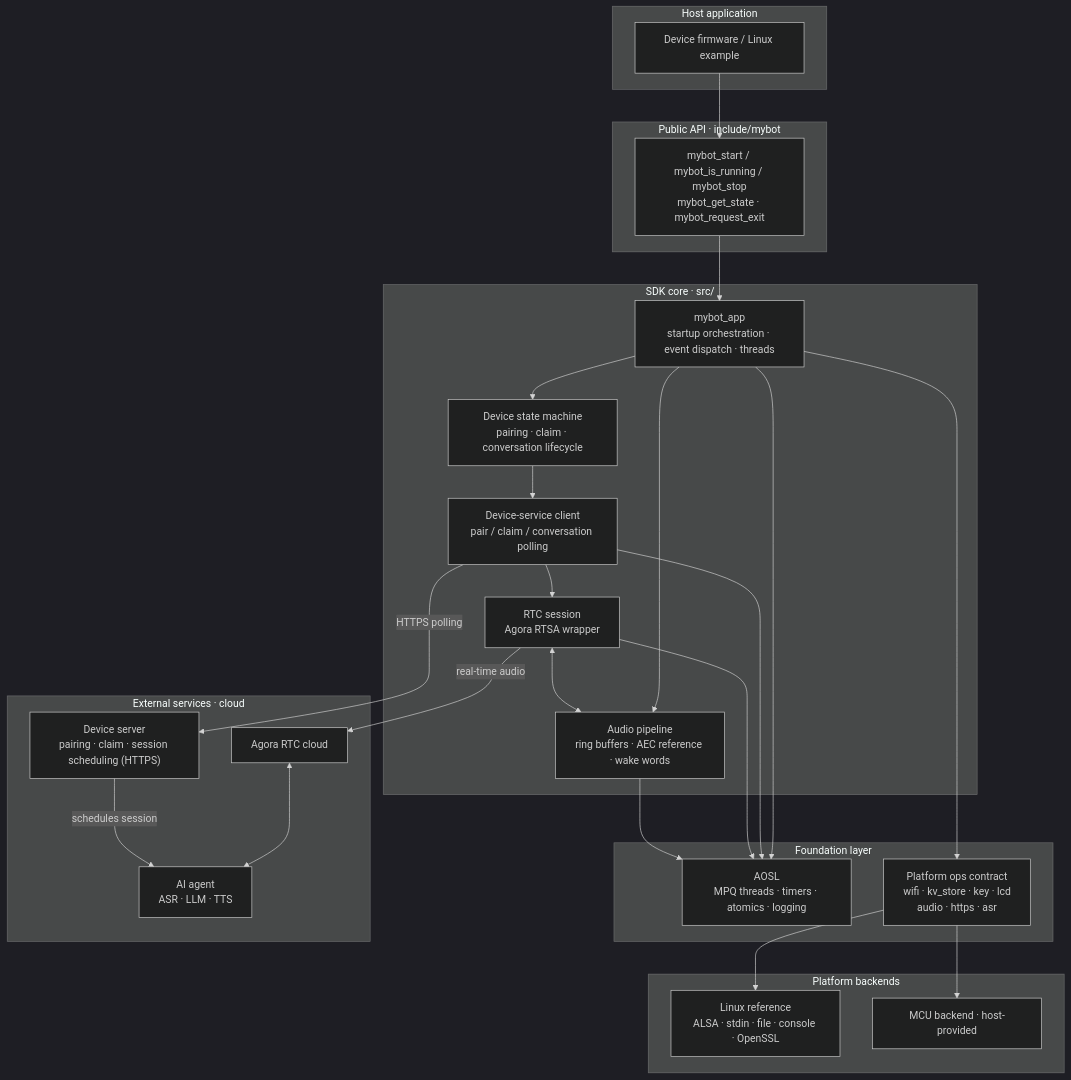
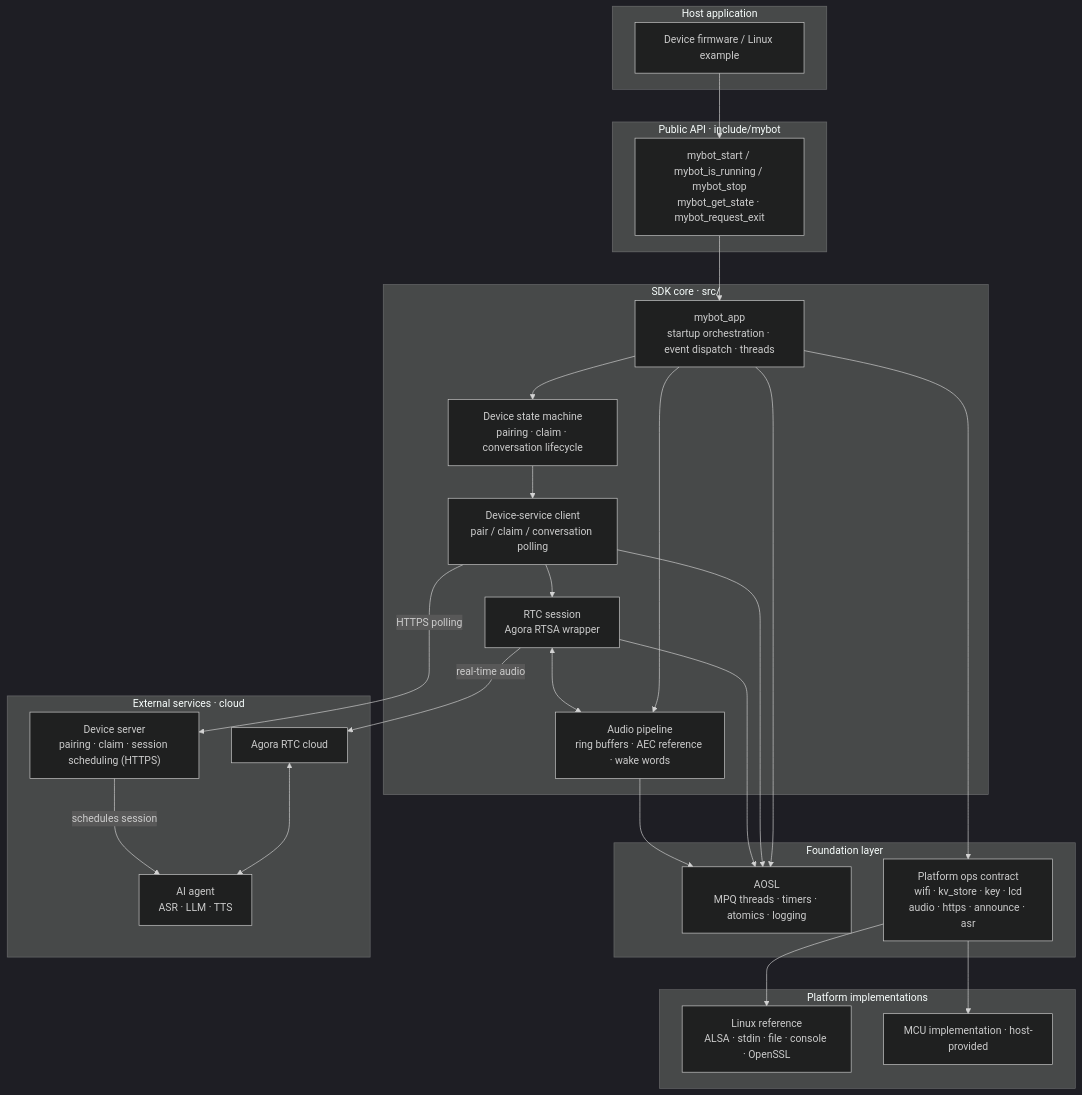
The second of 4 diagrams in README.md (junlon2006/mybot), drawn with Mermaid (dark theme) before and after one commit. The commit also changed other lines of this file and 18 other files, not shown here.

````diff
--- a/README.md
+++ b/README.md
@@ -247,53 +248,53 @@
 ```mermaid
 flowchart TB
     subgraph host["Host application"]
         host_app["Device firmware / Linux example"]
     end
 
     subgraph api["Public API · include/mybot"]
         api_h["mybot_start / mybot_is_running / mybot_stop<br/>mybot_get_state · mybot_request_exit"]
     end
 
     subgraph core["SDK core · src/"]
         app_c["mybot_app<br/>startup orchestration · event dispatch · threads"]
         state_m["Device state machine<br/>pairing · claim · conversation lifecycle"]
         svc_c["Device-service client<br/>pair / claim / conversation polling"]
         rtc_c["RTC session<br/>Agora RTSA wrapper"]
         media_c["Audio pipeline<br/>ring buffers · AEC reference · wake words"]
     end
 
     subgraph infra["Foundation layer"]
         aosl["AOSL<br/>MPQ threads · timers · atomics · logging"]
-        ops["Platform ops contract<br/>wifi · kv_store · key · lcd<br/>audio · https · asr"]
+        ops["Platform ops contract<br/>wifi · kv_store · key · lcd<br/>audio · https · announce · asr"]
     end
 
-    subgraph plat["Platform backends"]
+    subgraph plat["Platform implementations"]
         linux_b["Linux reference<br/>ALSA · stdin · file · console · OpenSSL"]
-        mcu_b["MCU backend · host-provided"]
+        mcu_b["MCU implementation · host-provided"]
     end
 
     subgraph ext["External services · cloud"]
         svc_e["Device server<br/>pairing · claim · session scheduling (HTTPS)"]
         agora_e["Agora RTC cloud"]
         agent_e["AI agent<br/>ASR · LLM · TTS"]
     end
 
     host_app --> api_h
     api_h --> app_c
     app_c --> state_m
     app_c --> media_c
     state_m --> svc_c
     svc_c --> rtc_c
     rtc_c <--> media_c
     app_c --> aosl
     app_c --> ops
     svc_c --> aosl
     rtc_c --> aosl
     media_c --> aosl
     ops --> linux_b
     ops --> mcu_b
     svc_c -->|HTTPS polling| svc_e
     rtc_c -->|real-time audio| agora_e
     agora_e <--> agent_e
     svc_e -->|schedules session| agent_e
 ```
````
